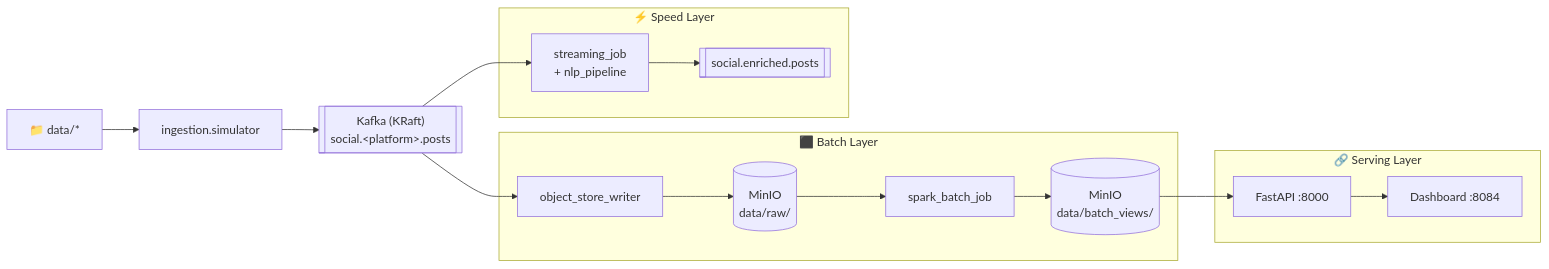
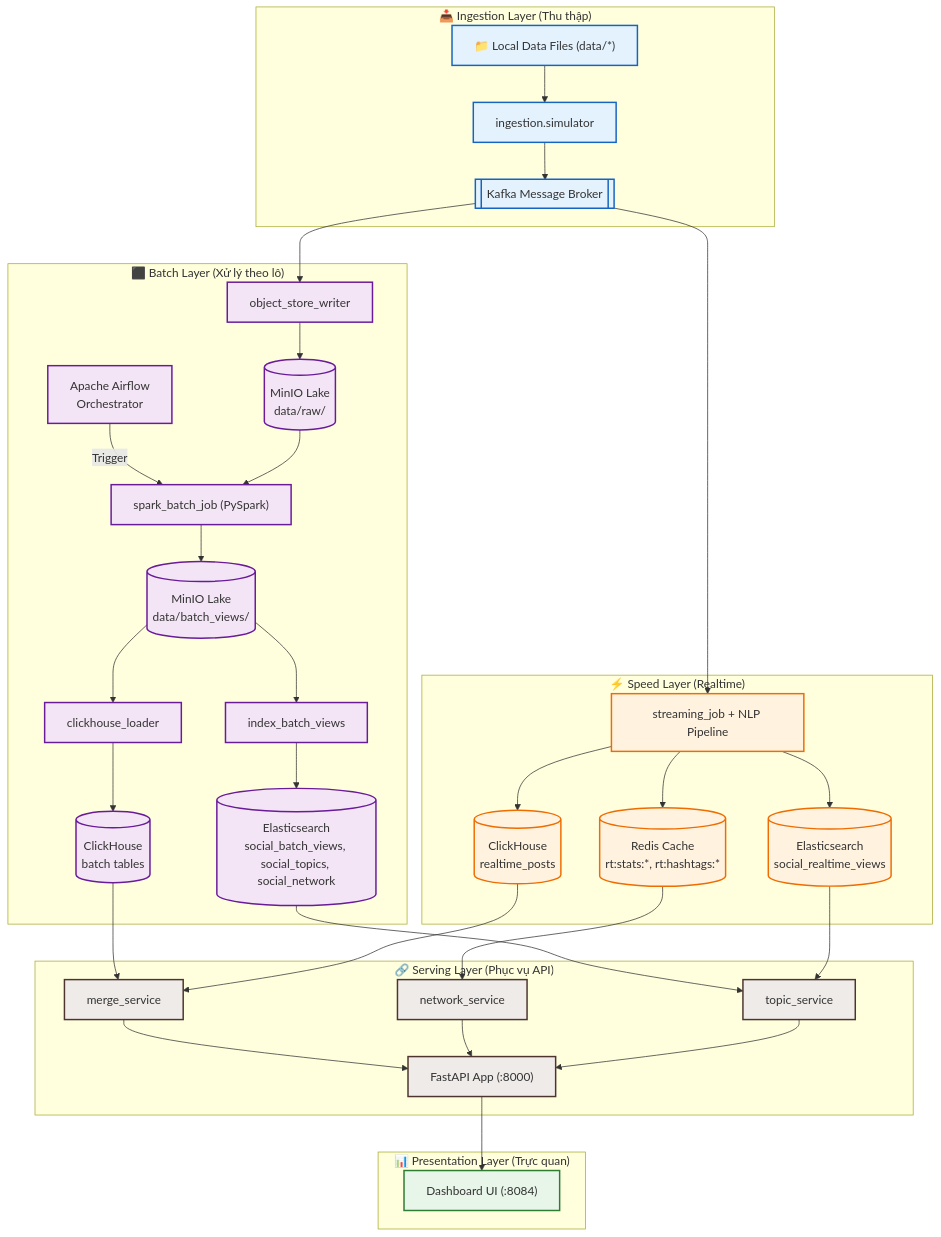
The diagram in README.md (vohuutridung/IT4931), drawn with Mermaid before and after one commit. The commit also changed other lines of this file and 37 other files, not shown here.

Commit message:
Update system configuration, code improvements, and update README architecture diagram/reboot guides

````diff
--- a/README.md
+++ b/README.md
@@ -27,28 +27,73 @@
 ```mermaid
-flowchart LR
-    DATA["📁 data/*"]
-    SIM["ingestion.simulator"]
-    KAFKA[["Kafka (KRaft)\nsocial.&lt;platform&gt;.posts"]]
+flowchart TD
+    %% Styling definitions
+    classDef ingestion fill:#e3f2fd,stroke:#1565c0,stroke-width:2px;
+    classDef speed fill:#fff3e0,stroke:#ef6c00,stroke-width:2px;
+    classDef batch fill:#f3e5f5,stroke:#6a1b9a,stroke-width:2px;
+    classDef serving fill:#efebe9,stroke:#4e342e,stroke-width:2px;
+    classDef visualize fill:#e8f5e9,stroke:#2e7d32,stroke-width:2px;
 
-    subgraph batch["⬛ Batch Layer"]
-        OSW["object_store_writer"]
-        RAW[("MinIO\ndata/raw/")]
-        SPARK["spark_batch_job"]
-        BV[("MinIO\ndata/batch_views/")]
+    %% Ingestion Layer
+    subgraph INGEST ["📥 Ingestion Layer (Thu thập)"]
+        DATA["📁 Local Data Files (data/*)"]:::ingestion
+        SIM["ingestion.simulator"]:::ingestion
+        KAFKA[["Kafka Message Broker"]]:::ingestion
+        DATA --> SIM --> KAFKA
     end
 
-    subgraph speed["⚡ Speed Layer"]
-        STREAM["streaming_job\n+ nlp_pipeline"]
-        ENRICH[["social.enriched.posts"]]
+    %% Kafka Routing
+    KAFKA --> STREAM
+    KAFKA --> OSW
+
+    %% Speed Layer
+    subgraph SPEED ["⚡ Speed Layer (Realtime)"]
+        STREAM["streaming_job + NLP Pipeline"]:::speed
+        REDIS[("Redis Cache<br/>rt:stats:*, rt:hashtags:*")]:::speed
+        CH_S[("ClickHouse<br/>realtime_posts")]:::speed
+        ES_RT[("Elasticsearch<br/>social_realtime_views")]:::speed
+        
+        STREAM --> REDIS
+        STREAM --> CH_S
+        STREAM --> ES_RT
     end
 
-    subgraph serving["🔗 Serving Layer"]
-        API["FastAPI :8000"]
-        DASH["Dashboard :8084"]
+    %% Batch Layer
+    subgraph BATCH ["⬛ Batch Layer (Xử lý theo lô)"]
+        OSW["object_store_writer"]:::batch
+        RAW[("MinIO Lake<br/>data/raw/")]:::batch
+        AIRFLOW["Apache Airflow<br/>Orchestrator"]:::batch
+        SPARK["spark_batch_job (PySpark)"]:::batch
+        BV[("MinIO Lake<br/>data/batch_views/")]:::batch
+        
+        IDX["index_batch_views"]:::batch
+        LOAD["clickhouse_loader"]:::batch
+        ES_B[("Elasticsearch<br/>social_batch_views, social_topics, social_network")]:::batch
+        CH_B[("ClickHouse<br/>batch tables")]:::batch
+
+        OSW --> RAW
+        AIRFLOW -->|Trigger| SPARK
+        RAW --> SPARK --> BV
+        BV --> IDX --> ES_B
+        BV --> LOAD --> CH_B
     end
 
-    DATA --> SIM --> KAFKA
-    KAFKA --> OSW --> RAW --> SPARK --> BV
-    KAFKA --> STREAM --> ENRICH
-    BV --> API --> DASH
+    %% Serving Layer
+    subgraph SERVING ["🔗 Serving Layer (Phục vụ API)"]
+        MERGE["merge_service"]:::serving
+        NET["network_service"]:::serving
+        TOPIC["topic_service"]:::serving
+        API["FastAPI App (:8000)"]:::serving
+        
+        CH_B & CH_S --> MERGE
+        REDIS --> NET
+        ES_B & ES_RT --> TOPIC
+        
+        MERGE & NET & TOPIC --> API
+    end
+
+    %% Presentation Layer
+    subgraph VISUAL ["📊 Presentation Layer (Trực quan)"]
+        DASH["Dashboard UI (:8084)"]:::visualize
+        API --> DASH
+    end
 ```
````
